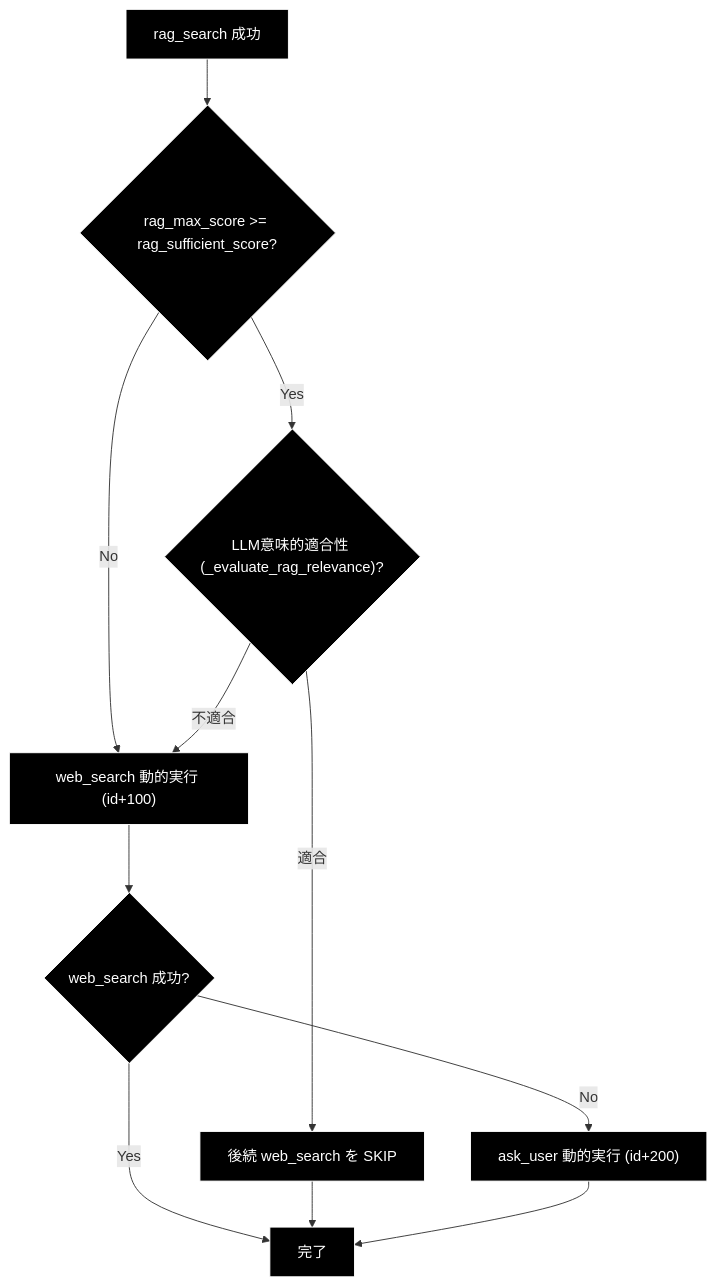
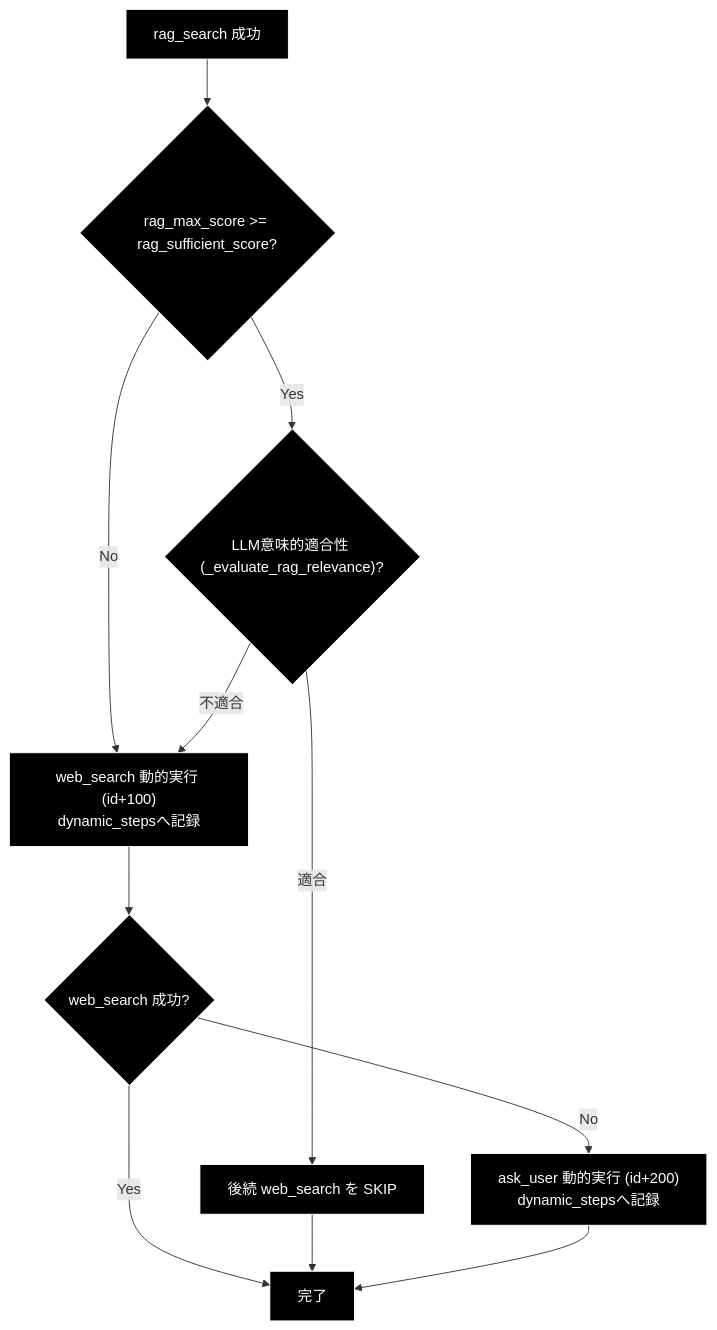
The fourth of 6 diagrams in grace/docs/executor.md (nakashima2toshio/grace_v2_local), drawn with Mermaid before and after one commit. The commit also changed other lines of this file, not shown here.

````diff
--- a/grace/docs/executor.md
+++ b/grace/docs/executor.md
@@ -1972,16 +2567,16 @@
 ```mermaid
 flowchart TB
     RAG["rag_search 成功"] --> SCORE{"rag_max_score >= rag_sufficient_score?"}
-    SCORE -->|No| WEB["web_search 動的実行 (id+100)"]
+    SCORE -->|No| WEB["web_search 動的実行 (id+100)<br>dynamic_stepsへ記録"]
     SCORE -->|Yes| REL{"LLM意味的適合性 (_evaluate_rag_relevance)?"}
     REL -->|適合| SKIP["後続 web_search を SKIP"]
     REL -->|不適合| WEB
     WEB --> WEBOK{"web_search 成功?"}
     WEBOK -->|Yes| DONE["完了"]
-    WEBOK -->|No| ASK["ask_user 動的実行 (id+200)"]
+    WEBOK -->|No| ASK["ask_user 動的実行 (id+200)<br>dynamic_stepsへ記録"]
     SKIP --> DONE
     ASK --> DONE
 classDef default fill:#000,stroke:#fff,color:#fff
 classDef subgraphStyle fill:#1a1a1a,stroke:#fff,color:#fff
 class RAG,SCORE,WEB,REL,SKIP,WEBOK,DONE,ASK default
 ```
````
